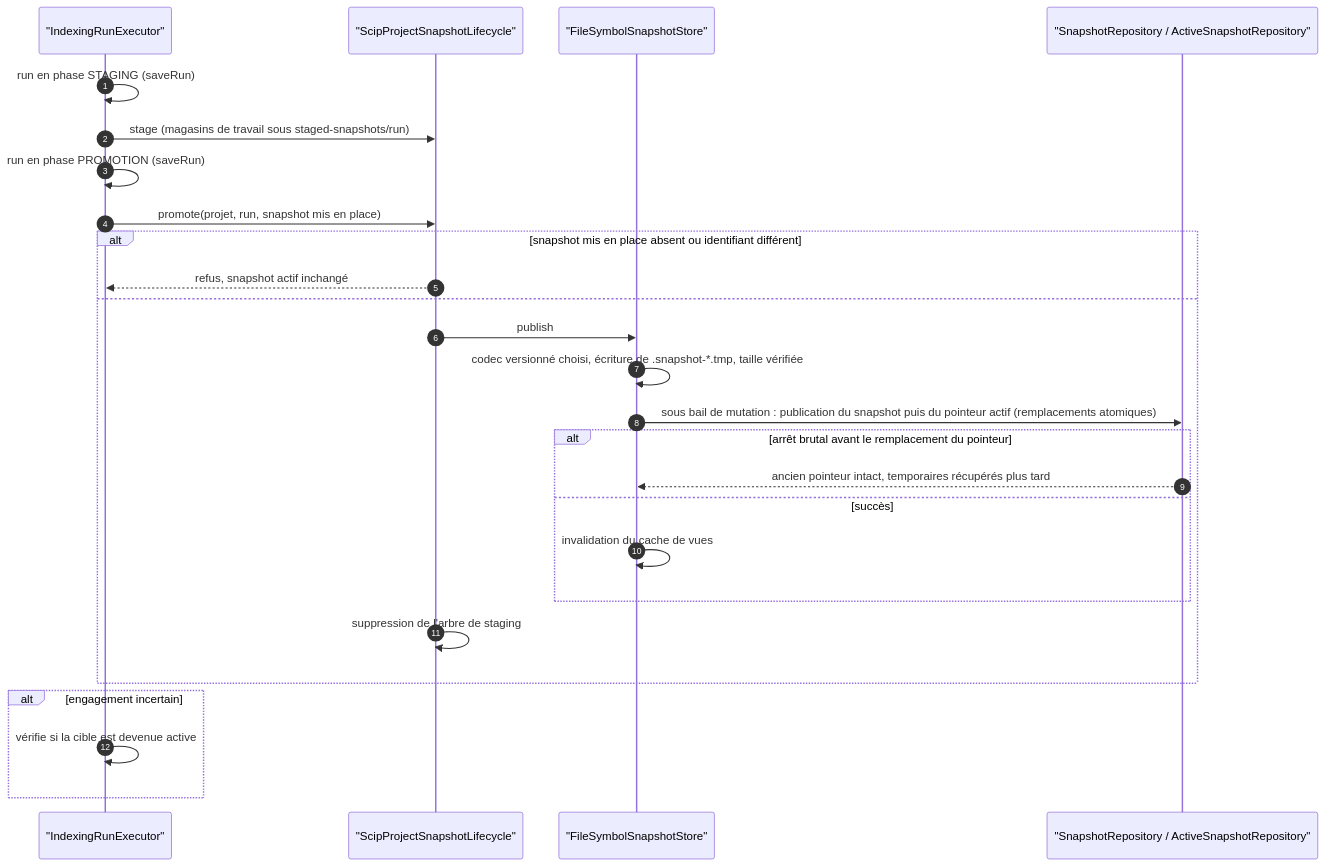
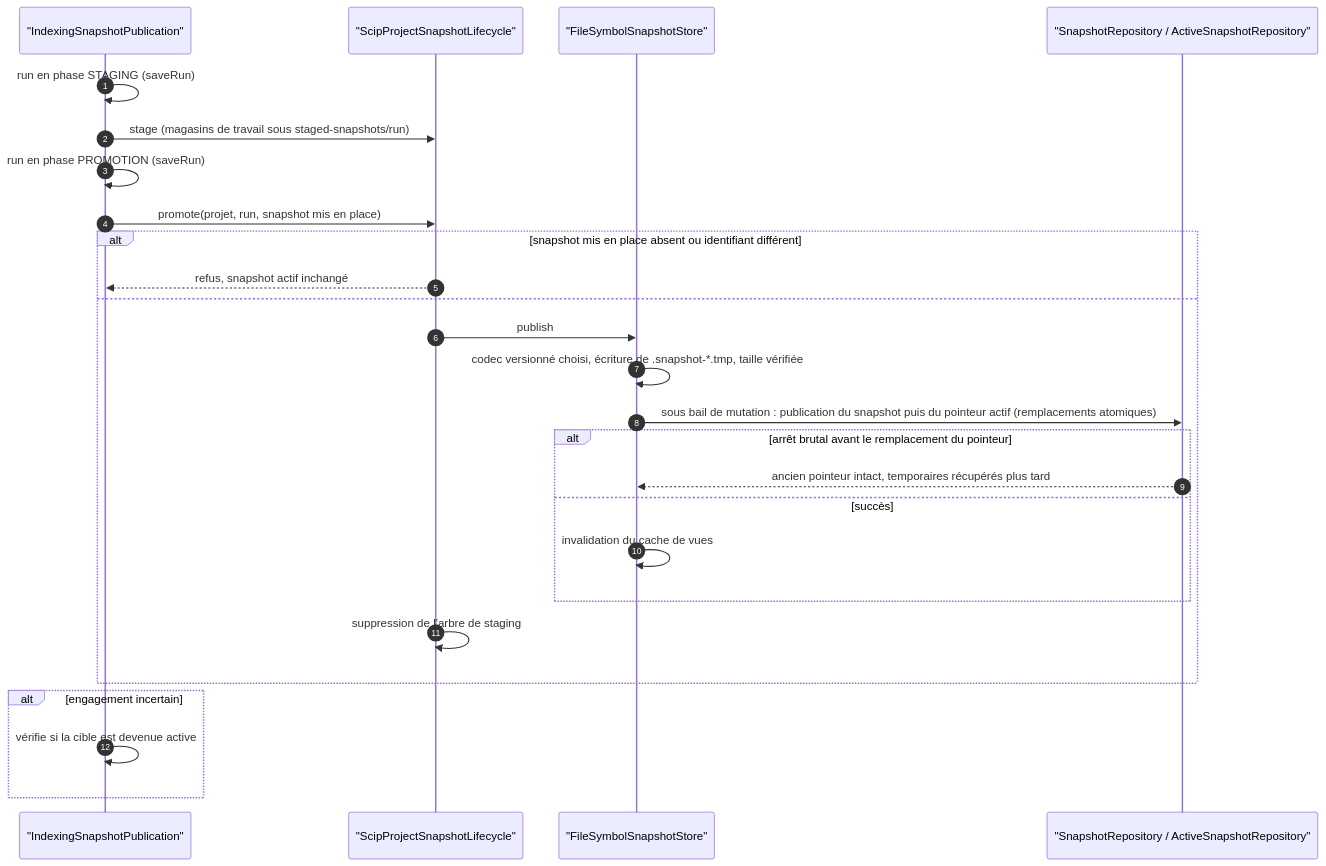
The first of 9 diagrams in docs/architecture/diagrams/capacites/persistance-snapshots.md (FTurleque/minos-code-intelligence), drawn with Mermaid before and after one commit. The commit also changed 14 other files, not shown here.

````diff
--- a/docs/architecture/diagrams/capacites/persistance-snapshots.md
+++ b/docs/architecture/diagrams/capacites/persistance-snapshots.md
@@ -28,28 +28,28 @@
 ```mermaid
 sequenceDiagram
   autonumber
-  participant X as "IndexingRunExecutor"
+  participant X as "IndexingSnapshotPublication"
   participant LC as "ScipProjectSnapshotLifecycle"
   participant ST as "FileSymbolSnapshotStore"
   participant SR as "SnapshotRepository / ActiveSnapshotRepository"
   X->>X: run en phase STAGING (saveRun)
   X->>LC: stage (magasins de travail sous staged-snapshots/run)
   X->>X: run en phase PROMOTION (saveRun)
   X->>LC: promote(projet, run, snapshot mis en place)
   alt snapshot mis en place absent ou identifiant différent
     LC-->>X: refus, snapshot actif inchangé
   else
     LC->>ST: publish
     ST->>ST: codec versionné choisi, écriture de .snapshot-*.tmp, taille vérifiée
     ST->>SR: sous bail de mutation : publication du snapshot puis du pointeur actif (remplacements atomiques)
     alt arrêt brutal avant le remplacement du pointeur
       SR-->>ST: ancien pointeur intact, temporaires récupérés plus tard
     else succès
       ST->>ST: invalidation du cache de vues
     end
     LC->>LC: suppression de l'arbre de staging
   end
   alt engagement incertain
     X->>X: vérifie si la cible est devenue active
   end
 ```
````
